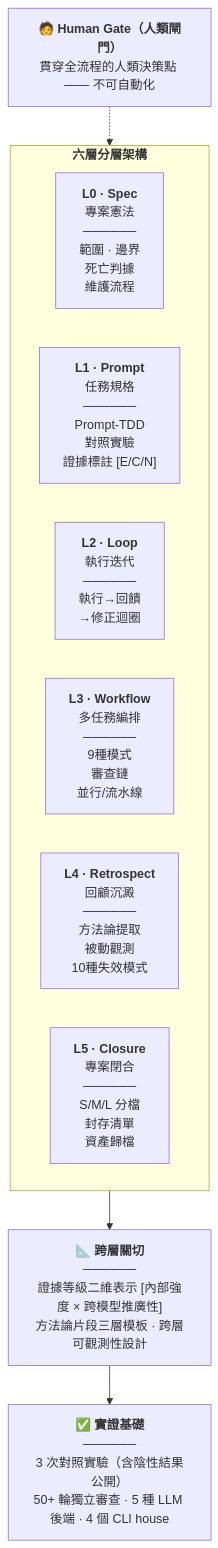
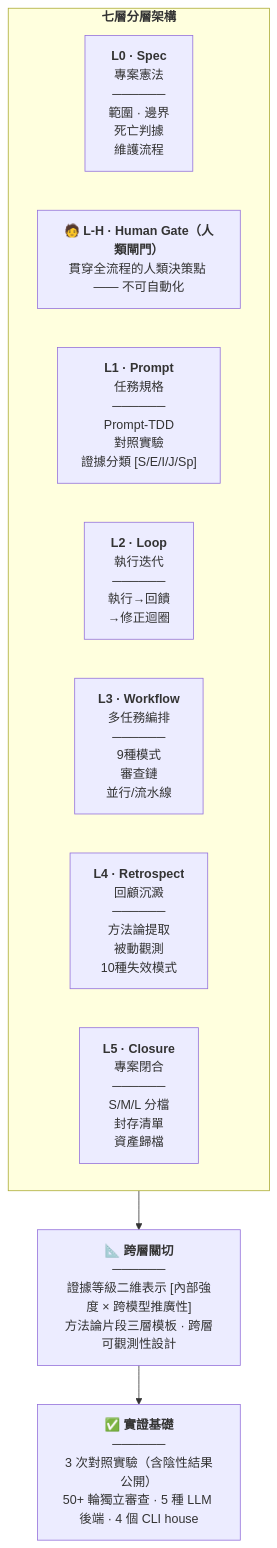
The diagram in zh-Hant/README.md (redamancy231-create/ai-collaboration-framework), drawn with Mermaid before and after one commit. The commit also changed other lines of this file and 2 other files, not shown here.

Commit message:
docs: 修正 README 三语三处失实（五级证据分类 / 4 个 CLI house / 七层架构）
- 证据标注 [E/C/N] → 证据分类 [S/E/I/J/Sp]（对齐主文档 §9.6 五级分类，
  框架中不存在 [E/C/N] 三级标签）
- 审查链「5 个 CLI」→「4 个 CLI house」（ZCode 是桌面客户端，严格来说
  不算 CLI；审查者跨 Claude Code / Codex / Kimi Code / Qwen 四个 CLI house，
  GLM-5.2/ZCode 为编辑者非审查者，对齐主文档 §1.8 局限 #8）
- 「六层架构」→「七层架构」（Human Gate 纳入第 7 层，对齐主文档 §1.3
  「七层 + 四跨层关切」口径）
- mermaid 图结构修正：Human Gate 从 subgraph 外移入成为 L-H 层

````diff
--- a/zh-Hant/README.md
+++ b/zh-Hant/README.md
@@ -19,23 +19,20 @@
 ```mermaid
 flowchart TB
-    HG["🧑 <b>Human Gate（人類閘門）</b><br/>貫穿全流程的人類決策點 —— 不可自動化"]
-
-    subgraph LAYERS["<b>六層分層架構</b>"]
+    subgraph LAYERS["<b>七層分層架構</b>"]
         direction LR
         L0["<b>L0 · Spec</b><br/>專案憲法<br/>──────<br/>範圍 · 邊界<br/>死亡判據<br/>維護流程"]
-        L1["<b>L1 · Prompt</b><br/>任務規格<br/>──────<br/>Prompt-TDD<br/>對照實驗<br/>證據標註 [E/C/N]"]
+        LH["🧑 <b>L-H · Human Gate（人類閘門）</b><br/>貫穿全流程的人類決策點 —— 不可自動化"]
+        L1["<b>L1 · Prompt</b><br/>任務規格<br/>──────<br/>Prompt-TDD<br/>對照實驗<br/>證據分類 [S/E/I/J/Sp]"]
         L2["<b>L2 · Loop</b><br/>執行迭代<br/>──────<br/>執行→回饋<br/>→修正迴圈"]
         L3["<b>L3 · Workflow</b><br/>多任務編排<br/>──────<br/>9種模式<br/>審查鏈<br/>並行/流水線"]
         L4["<b>L4 · Retrospect</b><br/>回顧沉澱<br/>──────<br/>方法論提取<br/>被動觀測<br/>10種失效模式"]
         L5["<b>L5 · Closure</b><br/>專案閉合<br/>──────<br/>S/M/L 分檔<br/>封存清單<br/>資產歸檔"]
     end
-
-    HG -.-> LAYERS
 
     CROSS["📐 <b>跨層關切</b><br/>──────<br/>證據等級二維表示 [內部強度 × 跨模型推廣性]<br/>方法論片段三層模板 · 跨層可觀測性設計"]
 
     EMPIRICAL["✅ <b>實證基礎</b><br/>──────<br/>3 次對照實驗（含陰性結果公開）<br/>50+ 輪獨立審查 · 5 種 LLM 後端 · 4 個 CLI house"]
 
     LAYERS --> CROSS
     CROSS --> EMPIRICAL
 ```
````
